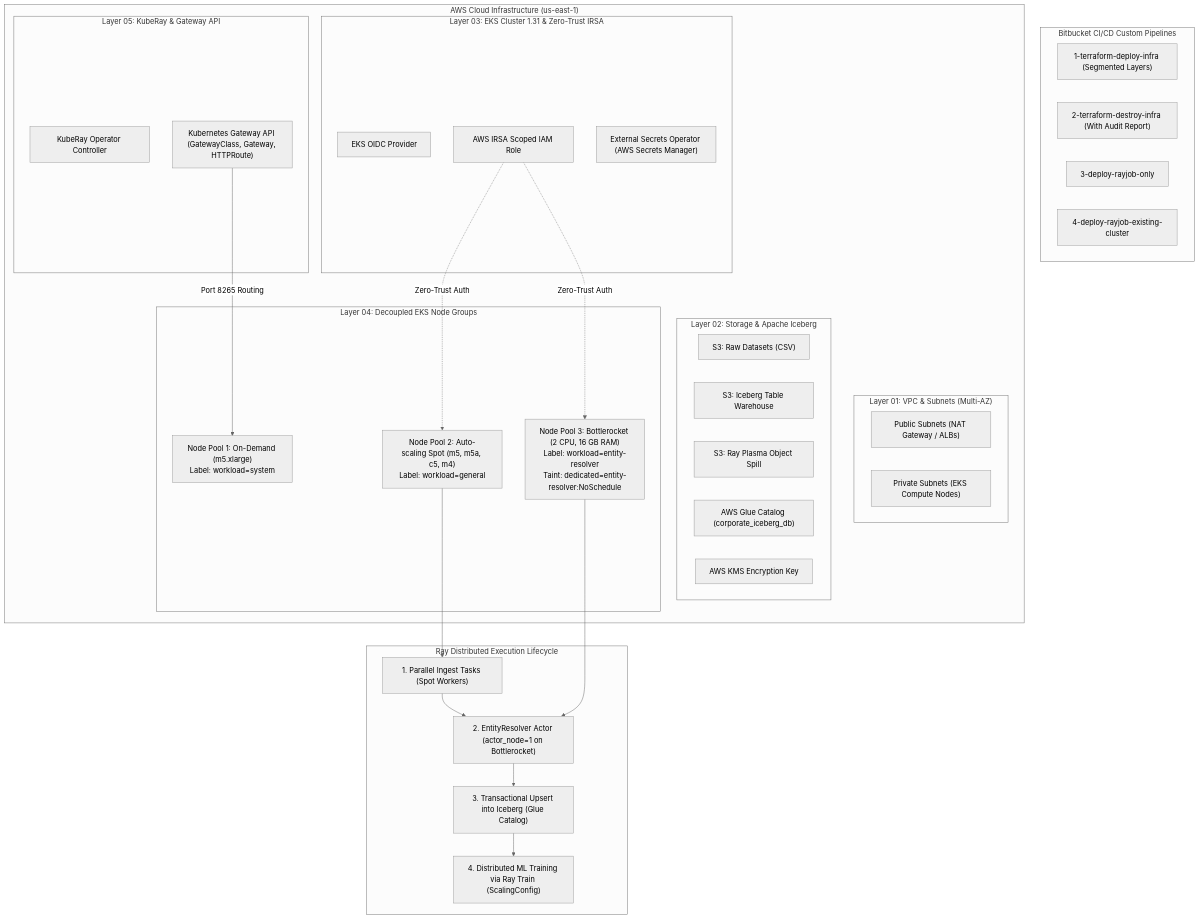
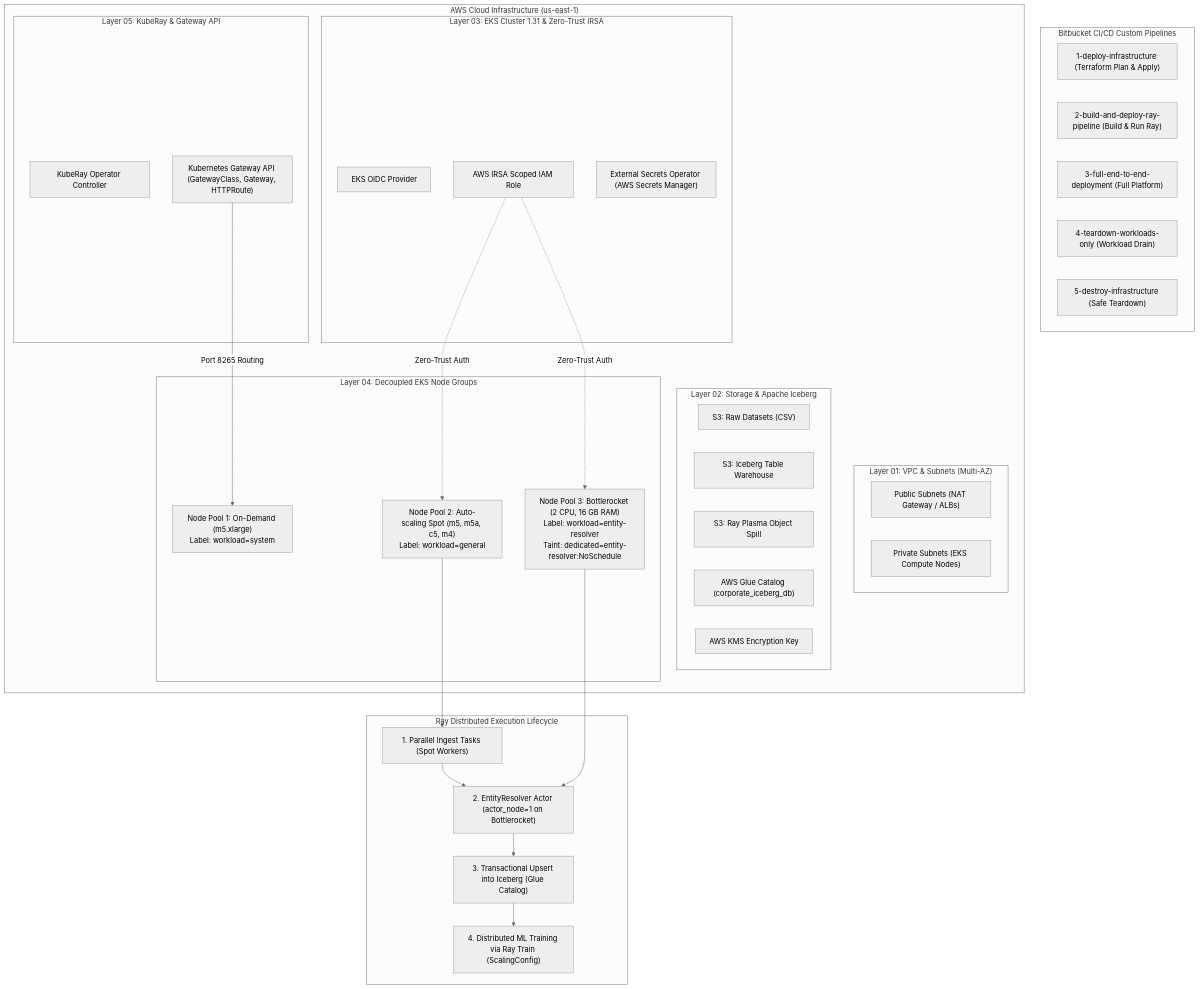
The diagram in README.md (jawlevijay3/kuberay-iceberg-ml-platforms), drawn with Mermaid (neutral theme) before and after one commit. The commit also changed other lines of this file and 5 other files, not shown here.

````diff
--- a/README.md
+++ b/README.md
@@ -54,56 +54,57 @@
 ```mermaid
 flowchart TB
     subgraph VCS_CICD["Bitbucket CI/CD Custom Pipelines"]
-        CUSTOM_DEPLOY["1-terraform-deploy-infra (Segmented Layers)"]
-        CUSTOM_DESTROY["2-terraform-destroy-infra (With Audit Report)"]
-        CUSTOM_JOB["3-deploy-rayjob-only"]
-        CUSTOM_EXISTING["4-deploy-rayjob-existing-cluster"]
+        CUSTOM_DEPLOY["1-deploy-infrastructure (Terraform Plan & Apply)"]
+        CUSTOM_JOB["2-build-and-deploy-ray-pipeline (Build & Run Ray)"]
+        CUSTOM_E2E["3-full-end-to-end-deployment (Full Platform)"]
+        CUSTOM_RESET["4-teardown-workloads-only (Workload Drain)"]
+        CUSTOM_DESTROY["5-destroy-infrastructure (Safe Teardown)"]
     end
 
     subgraph AWS_INFRA["AWS Cloud Infrastructure (us-east-1)"]
         subgraph NETWORKING["Layer 01: VPC & Subnets (Multi-AZ)"]
             PUB_SUB["Public Subnets (NAT Gateway / ALBs)"]
             PRIV_SUB["Private Subnets (EKS Compute Nodes)"]
         end
 
         subgraph STORAGE_ICEBERG["Layer 02: Storage & Apache Iceberg"]
             S3_RAW["S3: Raw Datasets (CSV)"]
             S3_ICEBERG["S3: Iceberg Table Warehouse"]
             S3_SPILL["S3: Ray Plasma Object Spill"]
             GLUE_CAT["AWS Glue Catalog (corporate_iceberg_db)"]
             KMS["AWS KMS Encryption Key"]
         end
 
         subgraph IAM_SECURITY["Layer 03: EKS Cluster 1.31 & Zero-Trust IRSA"]
             OIDC["EKS OIDC Provider"]
             IRSA["AWS IRSA Scoped IAM Role"]
             ESO["External Secrets Operator (AWS Secrets Manager)"]
         end
 
         subgraph COMPUTE_POOLS["Layer 04: Decoupled EKS Node Groups"]
             POOL_HEAD["Node Pool 1: On-Demand (m5.xlarge)\nLabel: workload=system"]
             POOL_SPOT["Node Pool 2: Auto-scaling Spot (m5, m5a, c5, m4)\nLabel: workload=general"]
             POOL_BOTTLEROCKET["Node Pool 3: Bottlerocket (2 CPU, 16 GB RAM)\nLabel: workload=entity-resolver\nTaint: dedicated=entity-resolver:NoSchedule"]
         end
 
         subgraph GATEWAY_CTRL["Layer 05: KubeRay & Gateway API"]
             KUBERAY["KubeRay Operator Controller"]
             GW_API["Kubernetes Gateway API (GatewayClass, Gateway, HTTPRoute)"]
         end
     end
 
     subgraph EXECUTION_FLOW["Ray Distributed Execution Lifecycle"]
         INGEST["1. Parallel Ingest Tasks (Spot Workers)"]
         RESOLVE["2. EntityResolver Actor (actor_node=1 on Bottlerocket)"]
         ICEBERG["3. Transactional Upsert into Iceberg (Glue Catalog)"]
         TRAIN["4. Distributed ML Training via Ray Train (ScalingConfig)"]
 
         INGEST --> RESOLVE --> ICEBERG --> TRAIN
     end
 
     GW_API -->|Port 8265 Routing| POOL_HEAD
     IRSA -.->|Zero-Trust Auth| POOL_SPOT
     IRSA -.->|Zero-Trust Auth| POOL_BOTTLEROCKET
     POOL_SPOT --> INGEST
     POOL_BOTTLEROCKET --> RESOLVE
 ```
````
